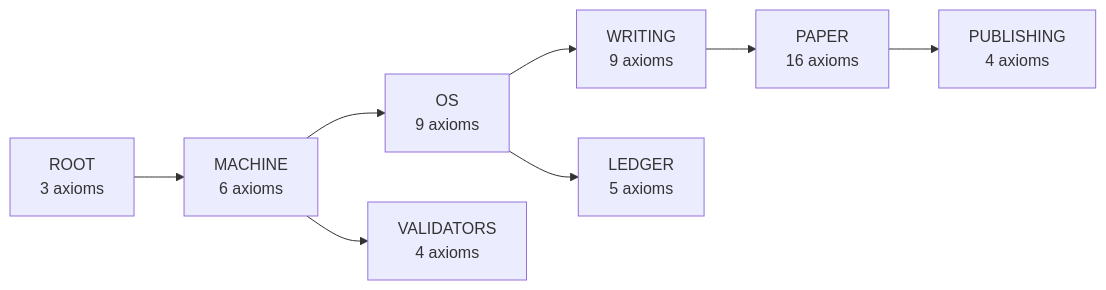
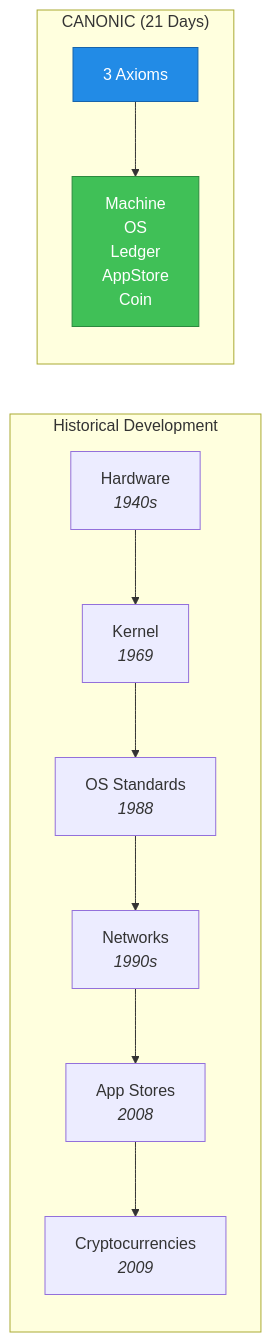
One commit to canonic-machine/paper changed the ninth of 12 diagrams in manuscript.md. Above: the diagram before and after it, drawn with Mermaid. The commit also changed other lines of this file, not shown here.

First line of the commit message:
ROADMAP: Add MCP Server to v0.2 and v1.0

````diff
--- a/manuscript.md
+++ b/manuscript.md
@@ -170,10 +461,17 @@
 ```mermaid
 flowchart LR
-    canonic["ROOT<br/>3 axioms"] --> machine["MACHINE<br/>6 axioms"]
-    machine --> os["OS<br/>9 axioms"]
-    machine --> validators["VALIDATORS<br/>4 axioms"]
-    os --> writing["WRITING<br/>9 axioms"]
-    os --> ledger["LEDGER<br/>5 axioms"]
-    writing --> paper["PAPER<br/>16 axioms"]
-    paper --> publishing["PUBLISHING<br/>4 axioms"]
+    subgraph Historical["Historical Development"]
+        H1["Hardware<br/><i>1940s</i>"] --> H2["Kernel<br/><i>1969</i>"]
+        H2 --> H3["OS Standards<br/><i>1988</i>"]
+        H3 --> H4["Networks<br/><i>1990s</i>"]
+        H4 --> H5["App Stores<br/><i>2008</i>"]
+        H5 --> H6["Cryptocurrencies<br/><i>2009</i>"]
+    end
+
+    subgraph CANONIC["CANONIC (21 Days)"]
+        C1["3 Axioms"] --> C2["Machine<br/>OS<br/>Ledger<br/>AppStore<br/>Coin"]
+    end
+
+    style C1 fill:#228be6,stroke:#1864ab,color:white
+    style C2 fill:#40c057,stroke:#2b8a3e,color:white
 ```
````
